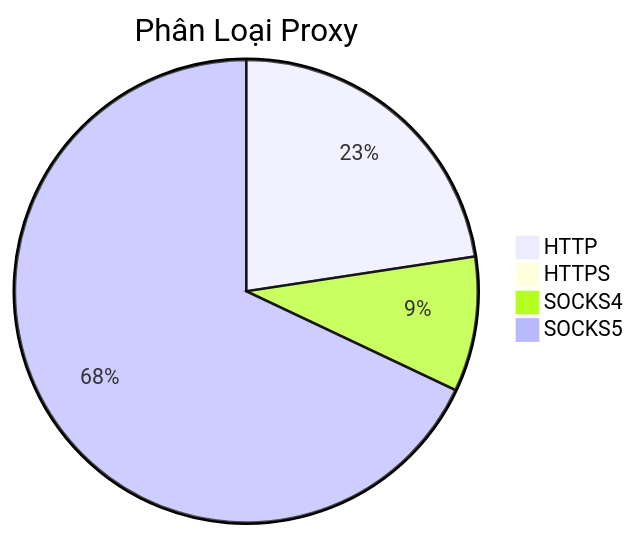
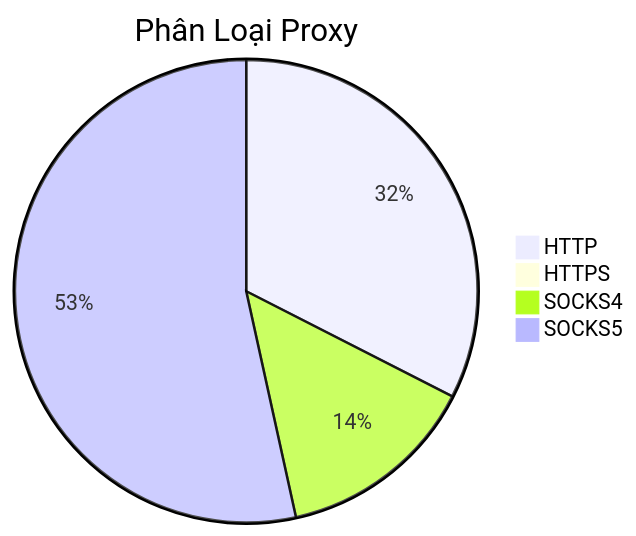
One commit to Ciara-Aa/PROXY-free changed the diagram in README.md. Above: the diagram before and after it, drawn with Mermaid. The commit also changed other lines of this file and 4 other files, not shown here.

````diff
--- a/README.md
+++ b/README.md
@@ -26,7 +26,7 @@
 ```mermaid
 pie title Phân Loại Proxy
-    "HTTP" : 626
-    "HTTPS" : 0
-    "SOCKS4" : 261
-    "SOCKS5" : 1883
+    "HTTP" : 632
+    "HTTPS" : 4
+    "SOCKS4" : 273
+    "SOCKS5" : 1039
 ```
````
